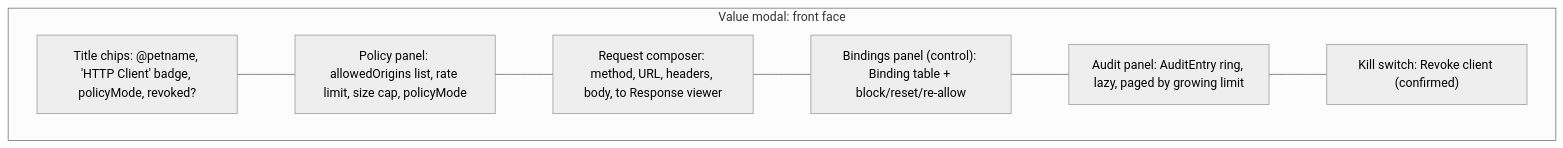
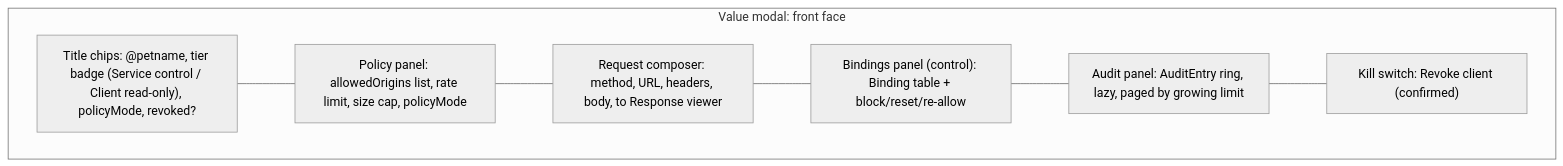
One commit to endojs/endo-but-for-bots changed the second of 2 diagrams in designs/chat-http-controller-ui.md. Above: the diagram before and after it, drawn with Mermaid (neutral theme). The commit also changed other lines of this file, not shown here.

First line of the commit message:
design(chat-http-controller-ui): apply round-4 design-panel must-fix items

````diff
--- a/designs/chat-http-controller-ui.md
+++ b/designs/chat-http-controller-ui.md
@@ -376,12 +395,12 @@
 ```mermaid
 flowchart TD
   subgraph Modal["Value modal: front face"]
-    H["Title chips: @petname, 'HTTP Client' badge, policyMode, revoked?"]
+    H["Title chips: @petname, tier badge (Service control / Client read-only), policyMode, revoked?"]
     P["Policy panel: allowedOrigins list, rate limit, size cap, policyMode"]
     RC["Request composer: method, URL, headers, body, to Response viewer"]
     B["Bindings panel (control): Binding table + block/reset/re-allow"]
     A["Audit panel: AuditEntry ring, lazy, paged by growing limit"]
     K["Kill switch: Revoke client (confirmed)"]
   end
   H --- P --- RC --- B --- A --- K
 ```
````
